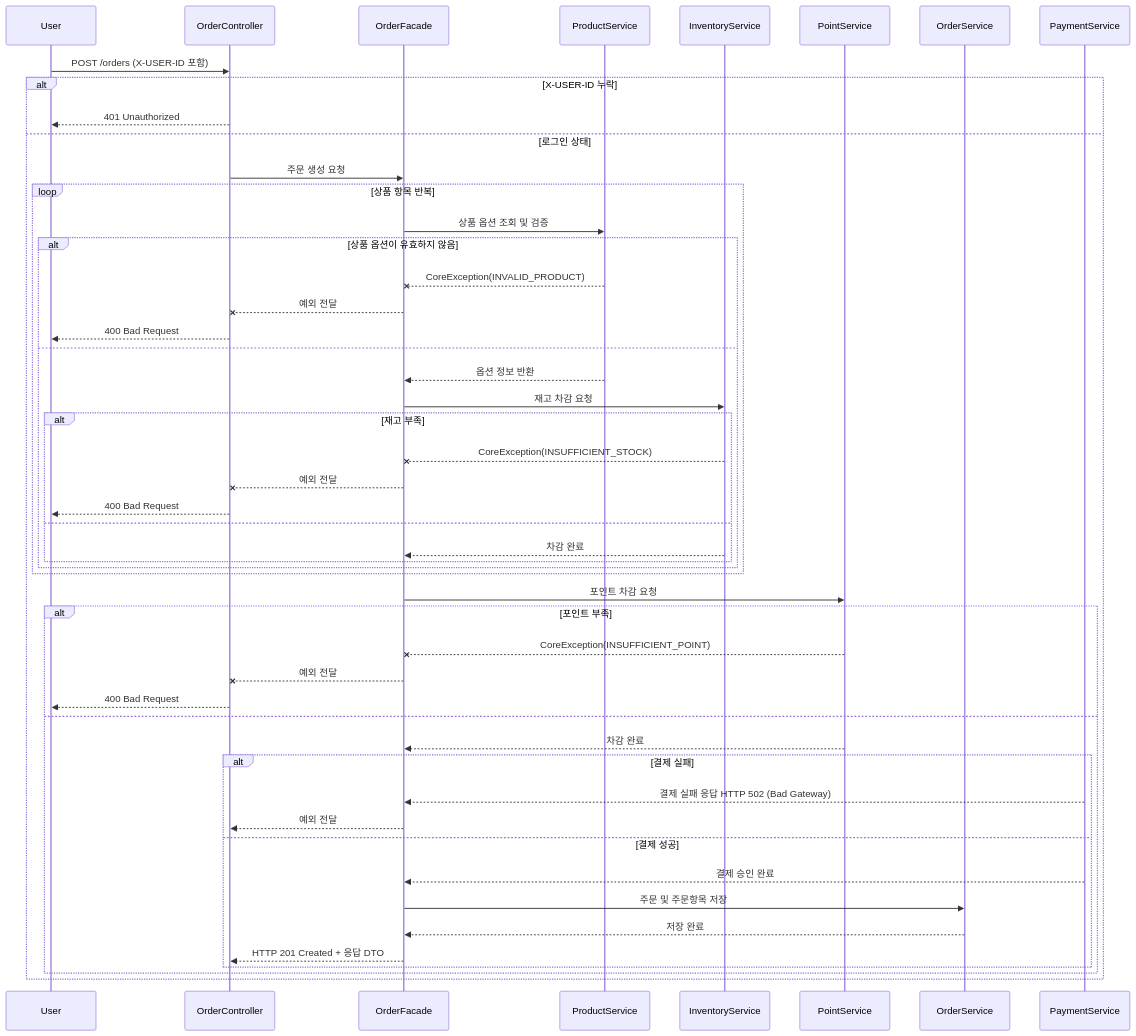
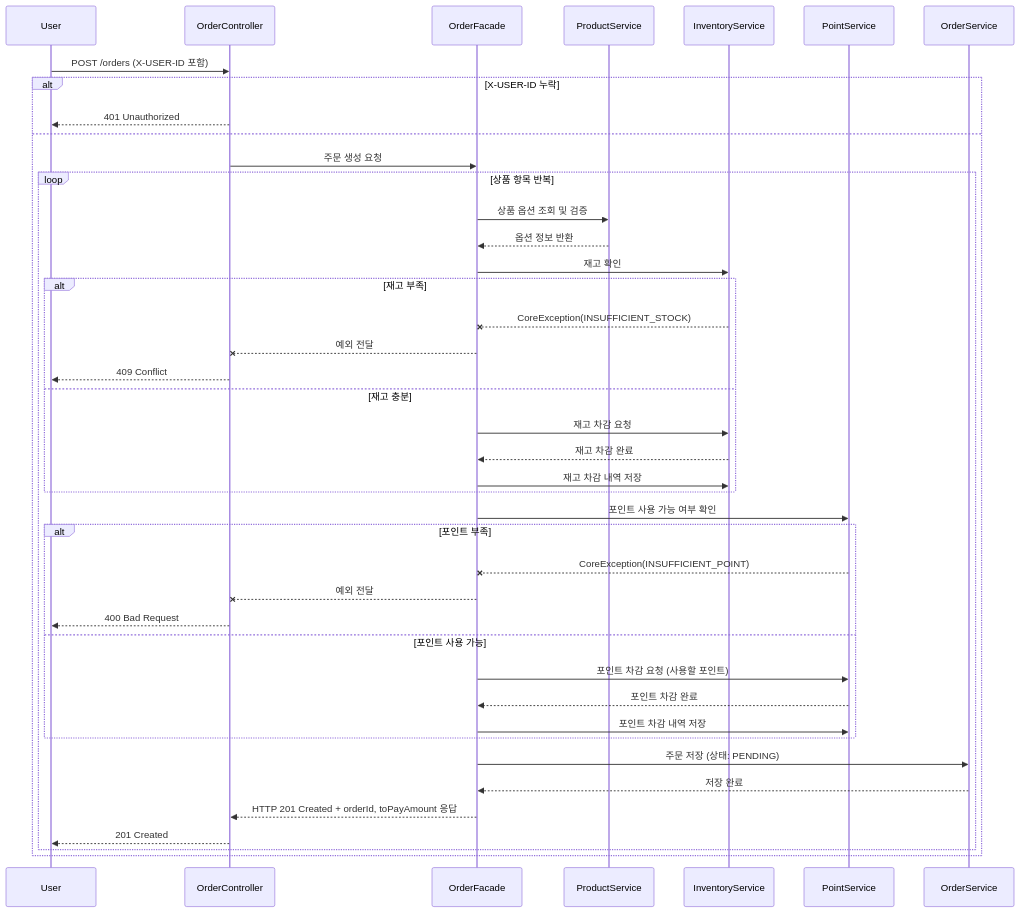
Before and after one commit to JoshDevLab/loopers-commerce: the eighth of 11 diagrams in docs/design/02-sequence-diagrams.md, drawn with Mermaid. The commit also changed other lines of this file and 25 other files, not shown here.

````diff
--- a/docs/design/02-sequence-diagrams.md
+++ b/docs/design/02-sequence-diagrams.md
@@ -198,58 +198,50 @@
 ```mermaid
 sequenceDiagram
     participant User
     participant OrderController
     participant OrderFacade
     participant ProductService
     participant InventoryService
     participant PointService
     participant OrderService
-    participant PaymentService
 
     User->>OrderController: POST /orders (X-USER-ID 포함)
     alt X-USER-ID 누락
         OrderController-->>User: 401 Unauthorized
-    else 로그인 상태
+    else
         OrderController->>OrderFacade: 주문 생성 요청
 
         loop 상품 항목 반복
             OrderFacade->>ProductService: 상품 옵션 조회 및 검증
-            alt 상품 옵션이 유효하지 않음
-                ProductService--xOrderFacade: CoreException(INVALID_PRODUCT)
+            ProductService-->>OrderFacade: 옵션 정보 반환
+
+            OrderFacade->>InventoryService: 재고 확인
+            alt 재고 부족
+                InventoryService--xOrderFacade: CoreException(INSUFFICIENT_STOCK)
                 OrderFacade--xOrderController: 예외 전달
-                OrderController-->>User: 400 Bad Request
-            else
-                ProductService-->>OrderFacade: 옵션 정보 반환
+                OrderController-->>User: 409 Conflict
+            else 재고 충분
                 OrderFacade->>InventoryService: 재고 차감 요청
-                alt 재고 부족
-                    InventoryService--xOrderFacade: CoreException(INSUFFICIENT_STOCK)
-                    OrderFacade--xOrderController: 예외 전달
-                    OrderController-->>User: 400 Bad Request
-                else
-                    InventoryService-->>OrderFacade: 차감 완료
-                end
-            end
+                InventoryService-->>OrderFacade: 재고 차감 완료
+                OrderFacade->>InventoryService: 재고 차감 내역 저장                
         end
 
-        OrderFacade->>PointService: 포인트 차감 요청
+        OrderFacade->>PointService: 포인트 사용 가능 여부 확인
         alt 포인트 부족
             PointService--xOrderFacade: CoreException(INSUFFICIENT_POINT)
             OrderFacade--xOrderController: 예외 전달
             OrderController-->>User: 400 Bad Request
-        else
-            PointService-->>OrderFacade: 차감 완료
-            alt 결제 실패
-                PaymentService-->>OrderFacade: 결제 실패 응답 HTTP 502 (Bad Gateway)
-                OrderFacade-->>OrderController: 예외 전달
-            else 결제 성공
-                PaymentService-->>OrderFacade: 결제 승인 완료
-                OrderFacade->>OrderService: 주문 및 주문항목 저장
-                OrderService-->>OrderFacade: 저장 완료
+        else 포인트 사용 가능
+            OrderFacade->>PointService: 포인트 차감 요청 (사용할 포인트)
+            PointService-->>OrderFacade: 포인트 차감 완료
+            OrderFacade->>PointService: 포인트 차감 내역 저장
+        end
 
-                OrderFacade-->>OrderController: HTTP 201 Created + 응답 DTO
-            end
+        OrderFacade->>OrderService: 주문 저장 (상태: PENDING)
+        OrderService-->>OrderFacade: 저장 완료
+
+        OrderFacade-->>OrderController: HTTP 201 Created + orderId, toPayAmount 응답
+        OrderController-->>User: 201 Created
         end
-        
     end
-
-```        
+```    
````
